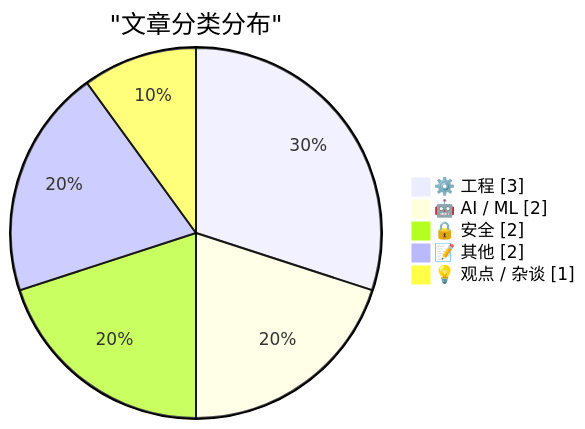
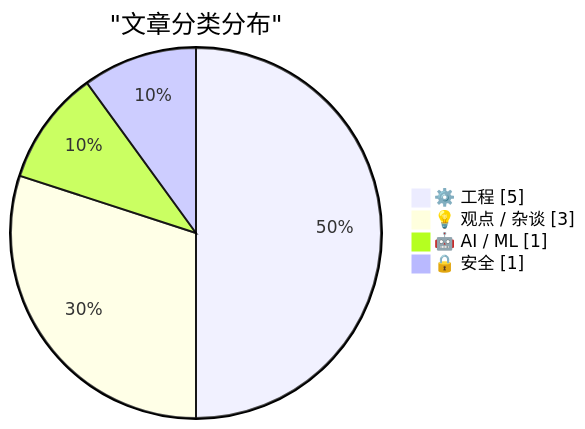
Before and after one commit to originem0/SZBlog: the first of 2 diagrams in content/ai-daily/2026-03-19.md, drawn with Mermaid. The commit also changed other lines of this file, not shown here.

````diff
--- a/content/ai-daily/2026-03-19.md
+++ b/content/ai-daily/2026-03-19.md
@@ -57,9 +48,8 @@
 ```mermaid
 pie showData
     title "文章分类分布"
-    "⚙️ 工程" : 3
-    "🤖 AI / ML" : 2
-    "🔒 安全" : 2
-    "📝 其他" : 2
-    "💡 观点 / 杂谈" : 1
+    "⚙️ 工程" : 5
+    "💡 观点 / 杂谈" : 3
+    "🤖 AI / ML" : 1
+    "🔒 安全" : 1
 ```
````
